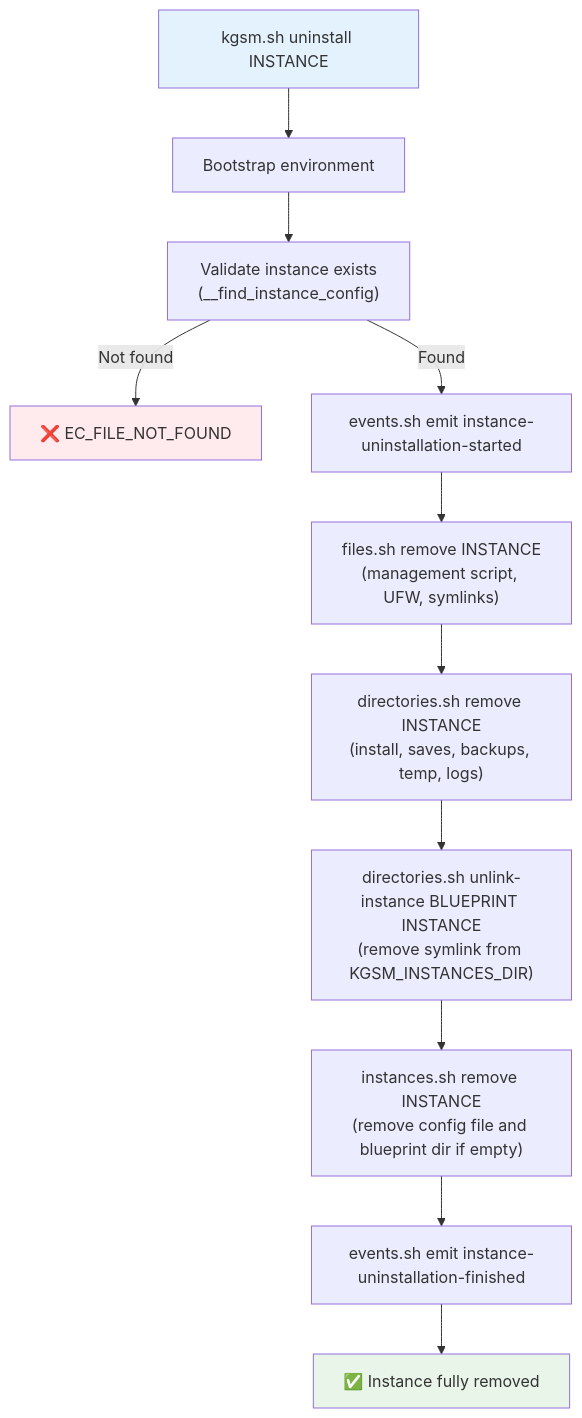
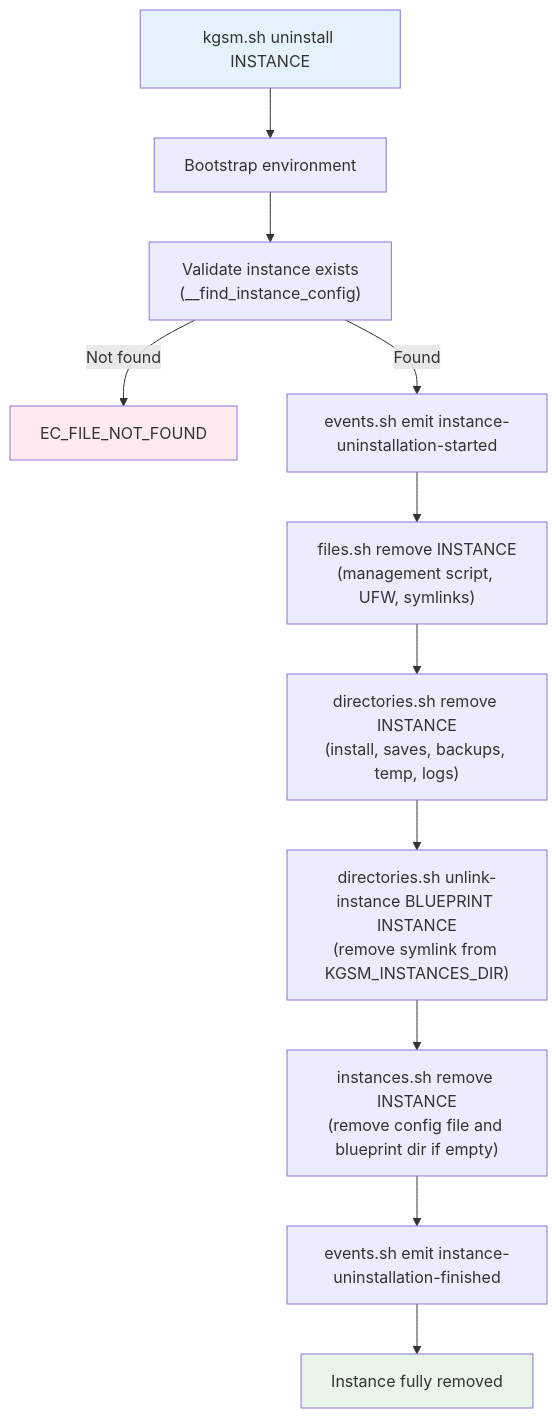
One commit to TheKrystalShip/kgsm changed the fifth of 9 diagrams in docs/execution_flows.md. Above: the diagram before and after it, drawn with Mermaid. The commit also changed other lines of this file and 10 other files, not shown here.

````diff
--- a/docs/execution_flows.md
+++ b/docs/execution_flows.md
@@ -282,18 +282,18 @@
 ```mermaid
 graph TD
     A["kgsm.sh uninstall INSTANCE"] --> AA["Bootstrap environment"]
     AA --> B["Validate instance exists<br/>(__find_instance_config)"]
-    B -->|"Not found"| Z1["❌ EC_FILE_NOT_FOUND"]
+    B -->|"Not found"| Z1["EC_FILE_NOT_FOUND"]
     B -->|"Found"| C["events.sh emit instance-uninstallation-started"]
 
     C -->     D["files.sh remove INSTANCE<br/>(management script, UFW, symlinks)"]
     D --> E["directories.sh remove INSTANCE<br/>(install, saves, backups, temp, logs)"]
     E --> F["directories.sh unlink-instance BLUEPRINT INSTANCE<br/>(remove symlink from KGSM_INSTANCES_DIR)"]
     F --> G["instances.sh remove INSTANCE<br/>(remove config file and blueprint dir if empty)"]
     G --> H["events.sh emit instance-uninstallation-finished"]
-    H --> I["✅ Instance fully removed"]
+    H --> I["Instance fully removed"]
 
     style A fill:#e3f2fd
     style I fill:#e8f5e8
     style Z1 fill:#ffebee
 ```
````
